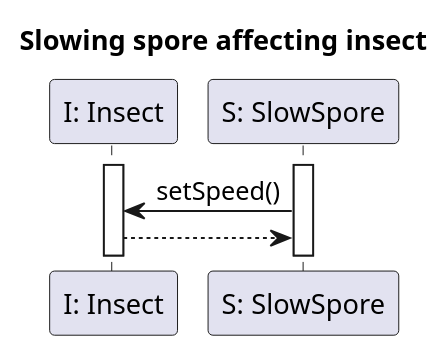
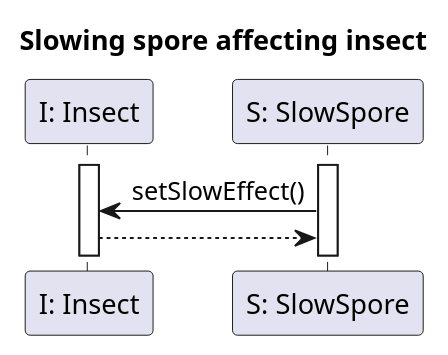
One commit to Klastiv/Projlab_nullpointerexception changed the diagram in diagrams/diagramFiles/SQ_SporeAffectsInsectWithSlow.puml. Above: the diagram before and after it, drawn with PlantUML. The commit also changed 4 other files, not shown here.

```diff
--- a/diagrams/diagramFiles/SQ_SporeAffectsInsectWithSlow.puml
+++ b/diagrams/diagramFiles/SQ_SporeAffectsInsectWithSlow.puml
@@ -1,14 +1,14 @@
 @startuml InsectSpeedUp
 
 title Slowing spore affecting insect
 
 participant "I: Insect" as I
 participant "S: SlowSpore" as Sp
 
 activate I
 activate Sp
 
-Sp -> I : setSpeed()
+Sp -> I : setSlowEffect()
 I --> Sp
 
 @enduml
```
